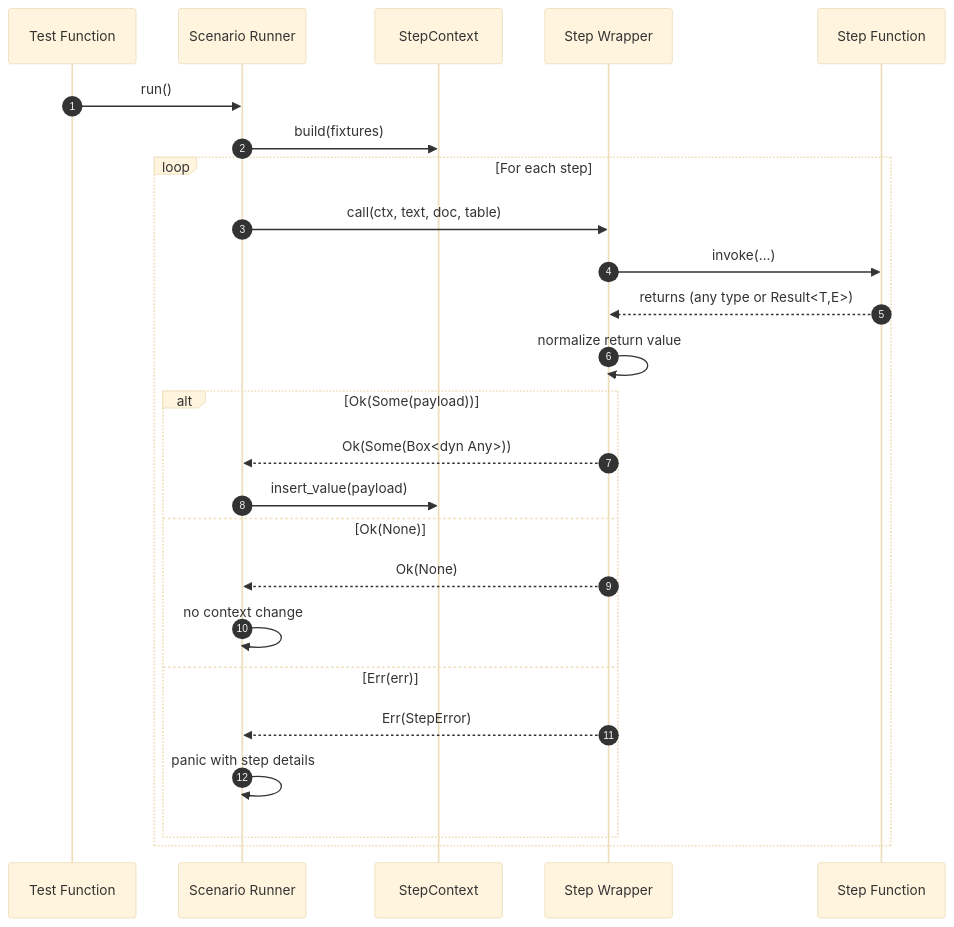
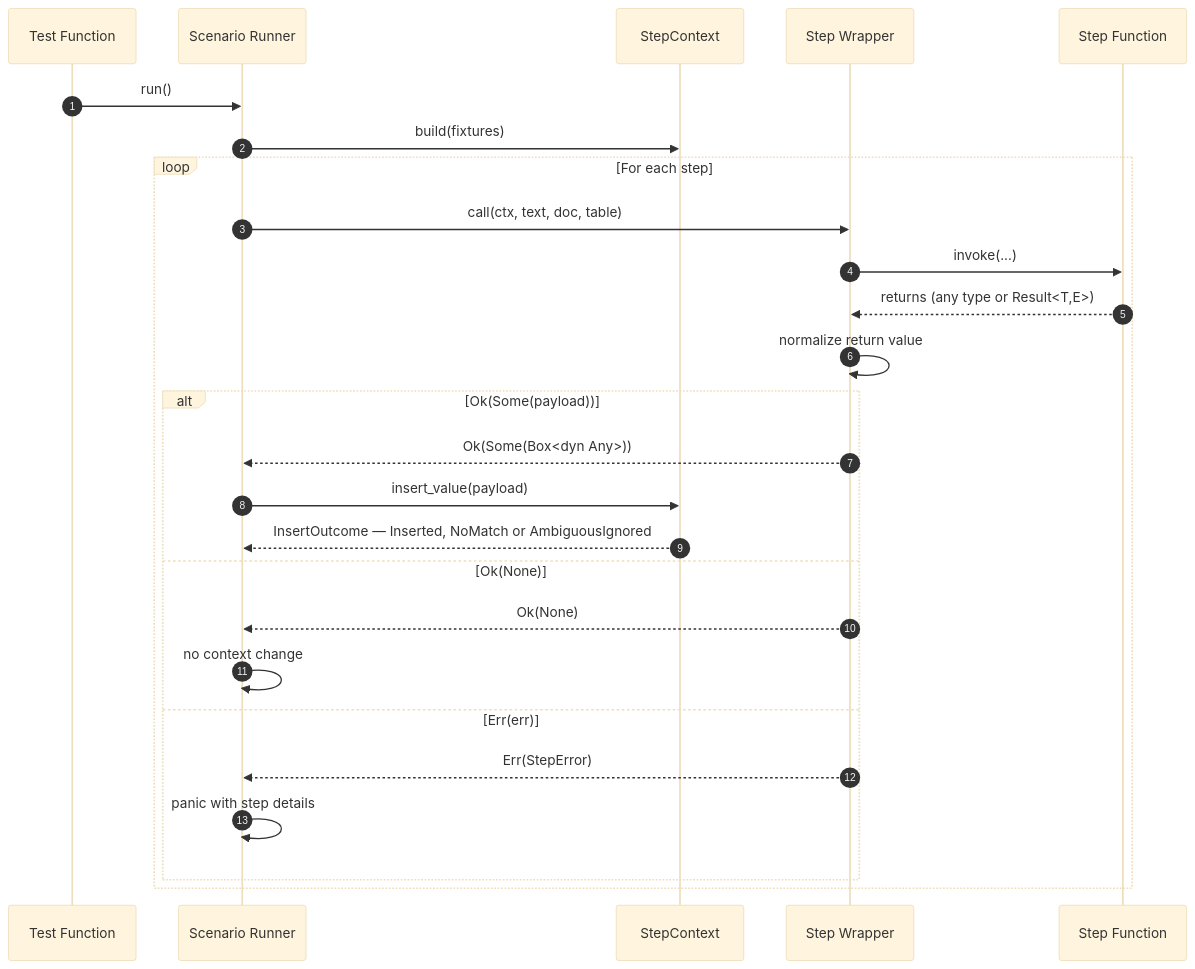
Before and after one commit to leynos/rstest-bdd: diagram 18 of 21 in docs/rstest-bdd-design.md, drawn with Mermaid (base theme). The commit also changed other lines of this file and 3 other files, not shown here.

````diff
--- a/docs/rstest-bdd-design.md
+++ b/docs/rstest-bdd-design.md
@@ -2813,28 +2813,29 @@
 ```mermaid
 sequenceDiagram
   autonumber
   participant Test as Test Function
   participant Scenario as Scenario Runner
   participant Ctx as StepContext
   participant Wrap as Step Wrapper
   participant Step as Step Function
 
   Test->>Scenario: run()
   Scenario->>Ctx: build(fixtures)
   loop For each step
     Scenario->>Wrap: call(ctx, text, doc, table)
     Wrap->>Step: invoke(...)
     Step-->>Wrap: returns (any type or Result<T,E>)
     Wrap->>Wrap: normalize return value
     alt Ok(Some(payload))
       Wrap-->>Scenario: Ok(Some(Box<dyn Any>))
       Scenario->>Ctx: insert_value(payload)
+      Ctx-->>Scenario: InsertOutcome — Inserted, NoMatch or AmbiguousIgnored
     else Ok(None)
       Wrap-->>Scenario: Ok(None)
       Scenario->>Scenario: no context change
     else Err(err)
       Wrap-->>Scenario: Err(StepError)
       Scenario->>Scenario: panic with step details
     end
   end
 ```
````
